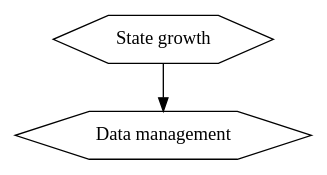
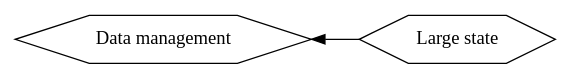
Diagram 12 of 13 in Ethereum1x_definition.md (ledgerwatch/eth_state), drawn with Graphviz before and after one commit. The commit also changed other lines of this file, not shown here.

````diff
--- a/Ethereum1x_definition.md
+++ b/Ethereum1x_definition.md
@@ -153,7 +172,8 @@
 ```graphviz
 digraph causes {
+rankdir=LR;
 data_management [label="Data management" shape="hexagon"];
-state_growth [label="State growth" shape="hexagon"]
-state_growth -> data_management
+large_state [label="Large state" shape="hexagon"];
+data_management -> large_state [dir=back];
 }
 ```
````
